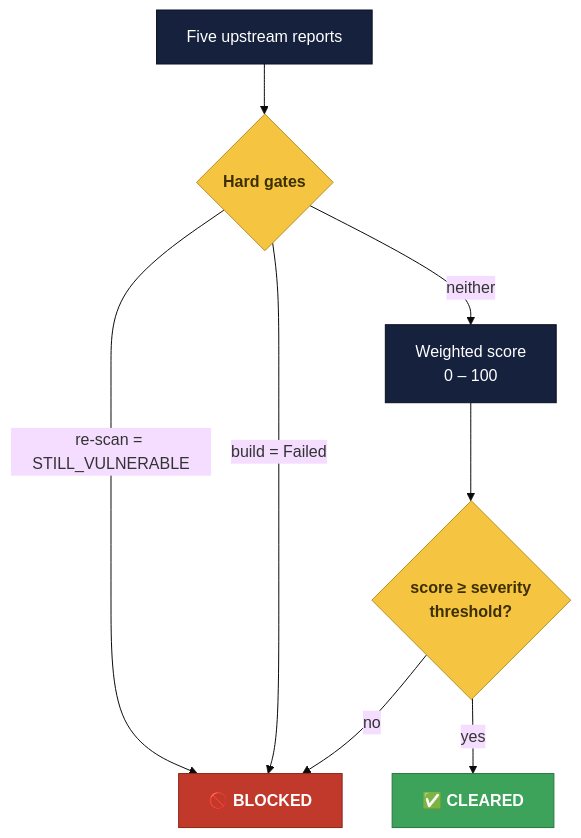
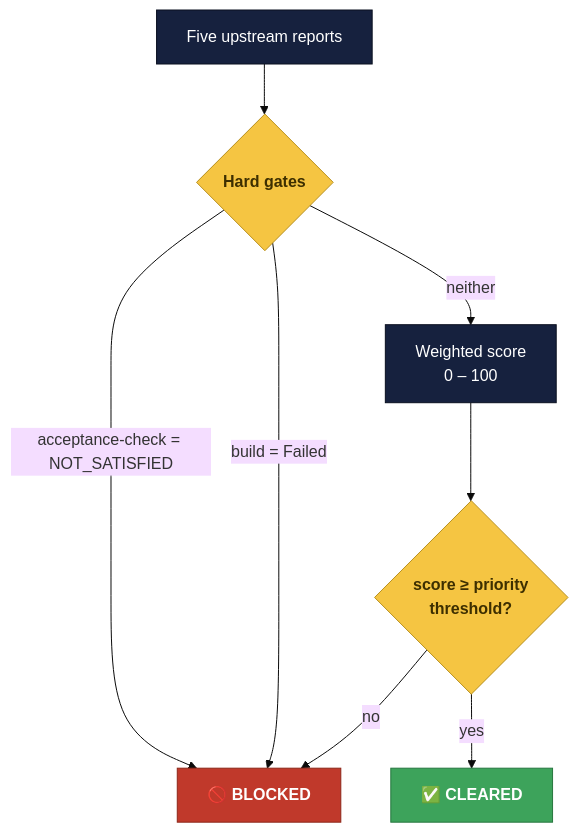
The fifth of 5 diagrams in .github/README.md (Udaradg/sample-java-project), drawn with Mermaid (base theme) before and after one commit. The commit also changed other lines of this file and 246 other files, not shown here.

````diff
--- a/.github/README.md
+++ b/.github/README.md
@@ -358,19 +331,19 @@
 ```mermaid
 flowchart TD
   S["Five upstream reports"] --> HG{"Hard gates"}
-  HG -->|"re-scan = STILL_VULNERABLE"| BL["🚫 BLOCKED"]
+  HG -->|"acceptance-check = NOT_SATISFIED"| BL["🚫 BLOCKED"]
   HG -->|"build = Failed"| BL
   HG -->|"neither"| SC["Weighted score<br/>0 – 100"]
-  SC --> TH{"score ≥ severity<br/>threshold?"}
+  SC --> TH{"score ≥ priority<br/>threshold?"}
   TH -->|yes| CL["✅ CLEARED"]
   TH -->|no| BL
 
   classDef gate fill:#F5C542,stroke:#b8901f,color:#3d2f00,font-weight:bold
   classDef bad fill:#C0392B,stroke:#8d2618,color:#fff,font-weight:bold
   classDef good fill:#3DA35B,stroke:#26773f,color:#fff,font-weight:bold
   classDef neutral fill:#16213E,stroke:#0a1020,color:#fff
   class HG,TH gate
   class BL bad
   class CL good
   class S,SC neutral
 ```
````
